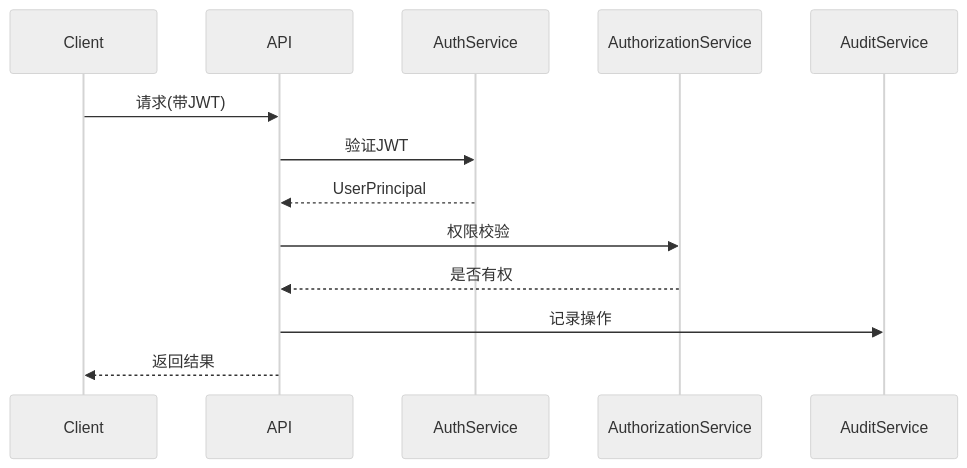
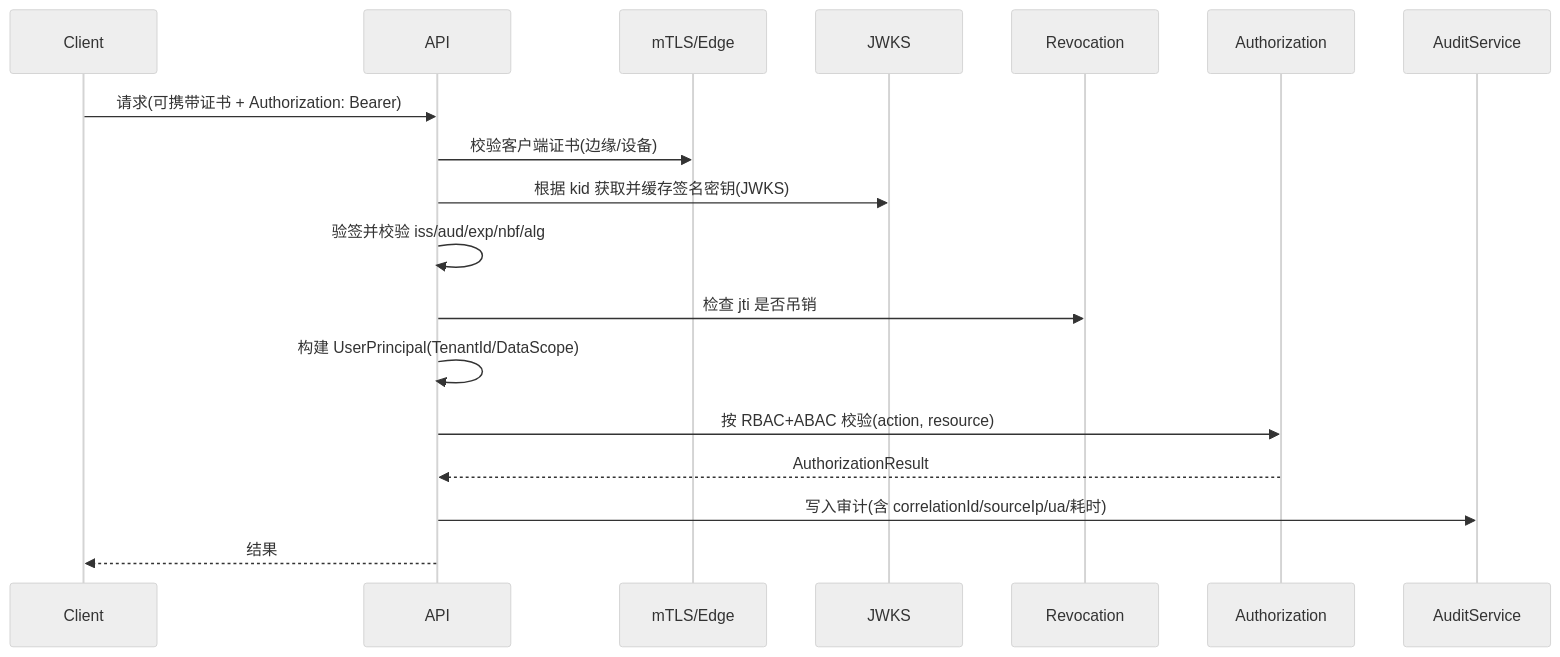
Diagram 13 of 19 in 01_Doc/01_PJDesign/05_LLD_工业数据采集系统详细设计.md (eatbs0956/FA_Device_Data_Collector_Public), drawn with Mermaid (neutral theme) before and after one commit. The commit also changed other lines of this file, not shown here.

````diff
--- a/01_Doc/01_PJDesign/05_LLD_工业数据采集系统详细设计.md
+++ b/01_Doc/01_PJDesign/05_LLD_工业数据采集系统详细设计.md
@@ -2099,15 +3219,21 @@
 ```mermaid
 sequenceDiagram
-    participant Client
-    participant API
-    participant AuthService
-    participant AuthorizationService
-    participant AuditService
-    Client->>API: 请求(带JWT)
-    API->>AuthService: 验证JWT
-    AuthService-->>API: UserPrincipal
-    API->>AuthorizationService: 权限校验
-    AuthorizationService-->>API: 是否有权
-    API->>AuditService: 记录操作
-    API-->>Client: 返回结果
+  participant Client
+  participant API
+  participant mTLS as mTLS/Edge
+  participant KeySet as JWKS
+  participant TokenStore as Revocation
+  participant Authz as Authorization
+  participant Audit as AuditService
+
+  Client->>API: 请求(可携带证书 + Authorization: Bearer)
+  API->>mTLS: 校验客户端证书(边缘/设备)
+  API->>KeySet: 根据 kid 获取并缓存签名密钥(JWKS)
+  API->>API: 验签并校验 iss/aud/exp/nbf/alg
+  API->>TokenStore: 检查 jti 是否吊销
+  API->>API: 构建 UserPrincipal(TenantId/DataScope)
+  API->>Authz: 按 RBAC+ABAC 校验(action, resource)
+  Authz-->>API: AuthorizationResult
+  API->>Audit: 写入审计(含 correlationId/sourceIp/ua/耗时)
+  API-->>Client: 结果
 ```
````
